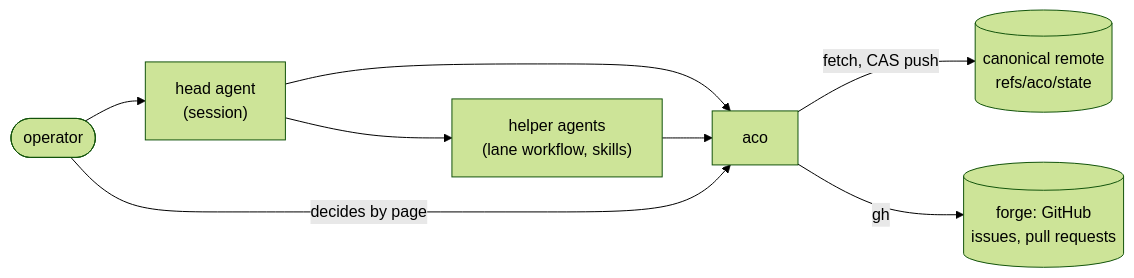
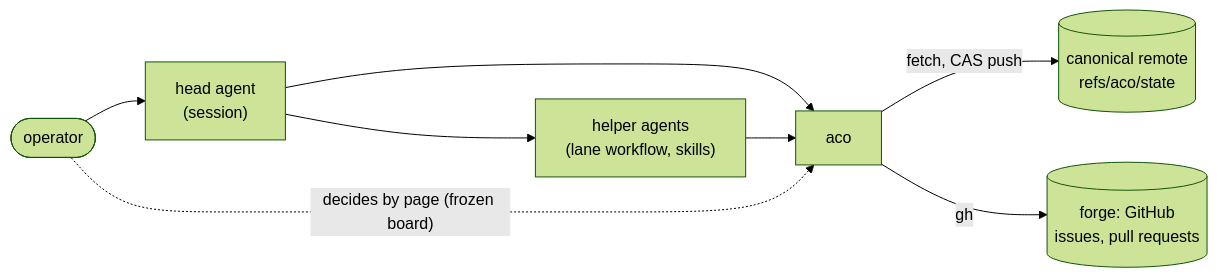
One commit to overnightworks/aco changed the first of 3 diagrams in docs/ARCHITECTURE.md. Above: the diagram before and after it, drawn with Mermaid (forest theme). The commit also changed other lines of this file, not shown here.

Commit message:
Make the architecture overview true about the board, the server and the proof strategy

````diff
--- a/docs/ARCHITECTURE.md
+++ b/docs/ARCHITECTURE.md
@@ -12,10 +13,10 @@
 ```mermaid
 flowchart LR
     Operator(["operator"]) --> Head["head agent<br/>(session)"]
     Head --> Helper["helper agents<br/>(lane workflow, skills)"]
     Head --> ACO["aco"]
     Helper --> ACO
-    Operator -->|"decides by page"| ACO
+    Operator -.->|"decides by page (frozen board)"| ACO
     ACO -->|"fetch, CAS push"| Remote[("canonical remote<br/>refs/aco/state")]
     ACO -->|"gh"| Forge[("forge: GitHub<br/>issues, pull requests")]
 ```
````
